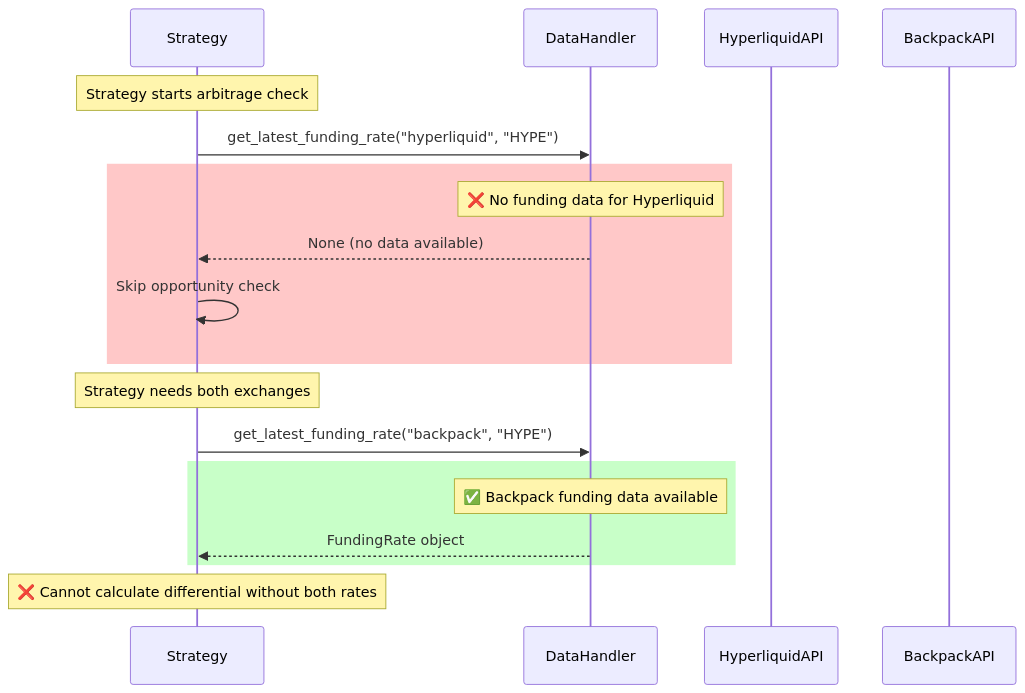
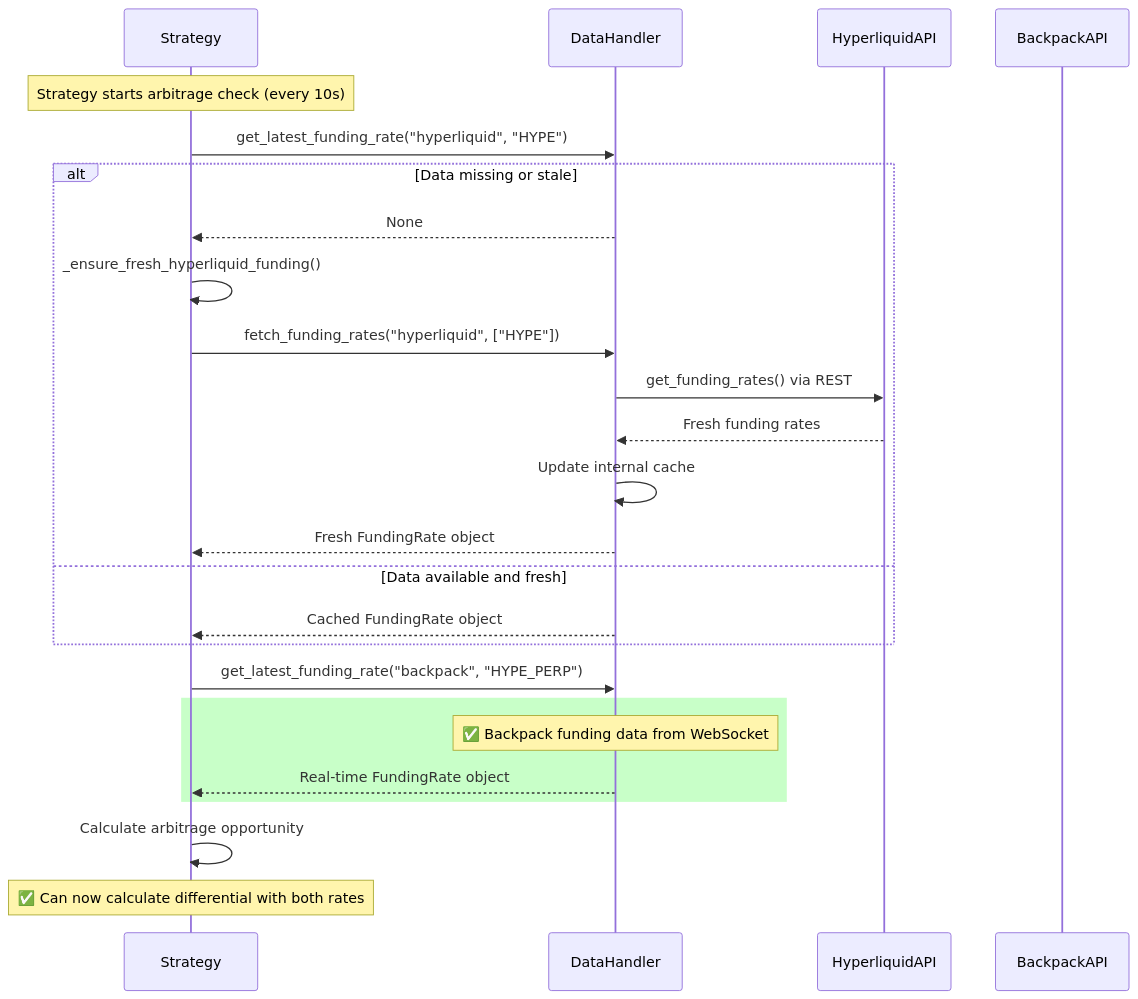
Before and after one commit to plataplomo/hummingbot: the second of 4 diagrams in workflow/funding_rate_arb_refactor/funding_rate_arbitrage_analysis.md, drawn with Mermaid. The commit also changed other lines of this file and 44 other files, not shown here.

````diff
--- a/workflow/funding_rate_arb_refactor/funding_rate_arbitrage_analysis.md
+++ b/workflow/funding_rate_arb_refactor/funding_rate_arbitrage_analysis.md
@@ -58,26 +61,32 @@
 ```mermaid
 sequenceDiagram
     participant S as Strategy
     participant DH as DataHandler
     participant HL as HyperliquidAPI
     participant BP as BackpackAPI
 
-    Note over S: Strategy starts arbitrage check
+    Note over S: Strategy starts arbitrage check (every 10s)
     S->>DH: get_latest_funding_rate("hyperliquid", "HYPE")
 
-    rect rgb(255, 200, 200)
-        Note over DH: ❌ No funding data for Hyperliquid
-        DH-->>S: None (no data available)
-        S->>S: Skip opportunity check
+    alt Data missing or stale
+        DH-->>S: None
+        S->>S: _ensure_fresh_hyperliquid_funding()
+        S->>DH: fetch_funding_rates("hyperliquid", ["HYPE"])
+        DH->>HL: get_funding_rates() via REST
+        HL-->>DH: Fresh funding rates
+        DH->>DH: Update internal cache
+        DH-->>S: Fresh FundingRate object
+    else Data available and fresh
+        DH-->>S: Cached FundingRate object
     end
 
-    Note over S: Strategy needs both exchanges
-    S->>DH: get_latest_funding_rate("backpack", "HYPE")
+    S->>DH: get_latest_funding_rate("backpack", "HYPE_PERP")
 
     rect rgb(200, 255, 200)
-        Note over DH: ✅ Backpack funding data available
-        DH-->>S: FundingRate object
+        Note over DH: ✅ Backpack funding data from WebSocket
+        DH-->>S: Real-time FundingRate object
     end
 
-    Note over S: ❌ Cannot calculate differential without both rates
+    S->>S: Calculate arbitrage opportunity
+    Note over S: ✅ Can now calculate differential with both rates
 ```
````
